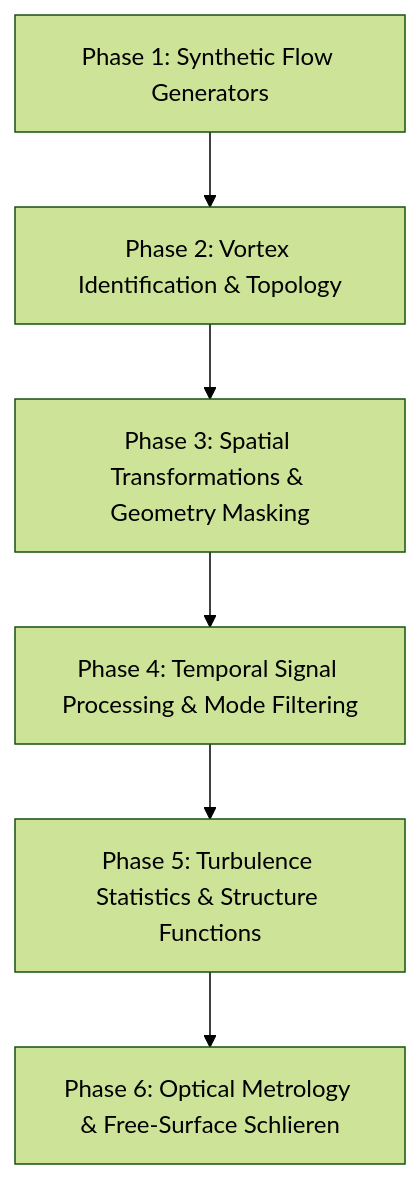
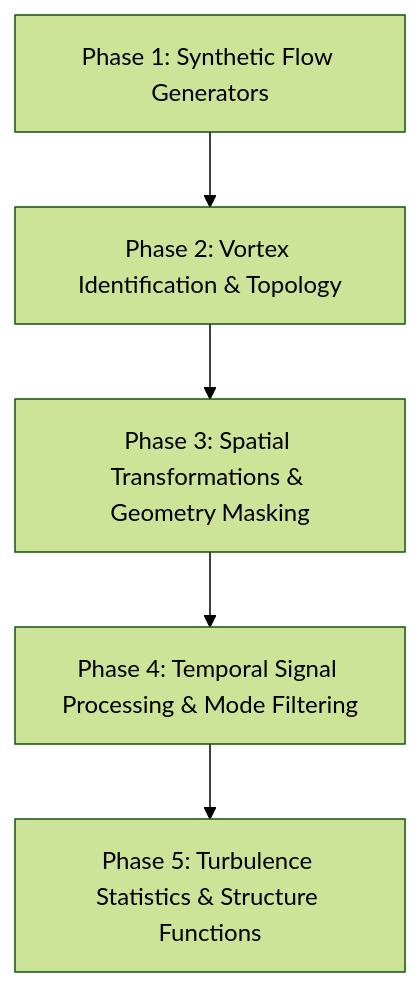
One commit to alexlib/pivpy changed the diagram in docs/architecture/pivmat-parity-roadmap.md. Above: the diagram before and after it, drawn with Mermaid (forest theme). The commit also changed other lines of this file and 1 other file, not shown here.

Commit message:
Remove surfheight from development roadmap

````diff
--- a/docs/architecture/pivmat-parity-roadmap.md
+++ b/docs/architecture/pivmat-parity-roadmap.md
@@ -22,8 +22,7 @@
 ```mermaid
 graph TD
     P1[Phase 1: Synthetic Flow Generators] --> P2[Phase 2: Vortex Identification & Topology]
     P2 --> P3[Phase 3: Spatial Transformations & Geometry Masking]
     P3 --> P4[Phase 4: Temporal Signal Processing & Mode Filtering]
     P4 --> P5[Phase 5: Turbulence Statistics & Structure Functions]
-    P5 --> P6[Phase 6: Optical Metrology & Free-Surface Schlieren]
 ```
````
